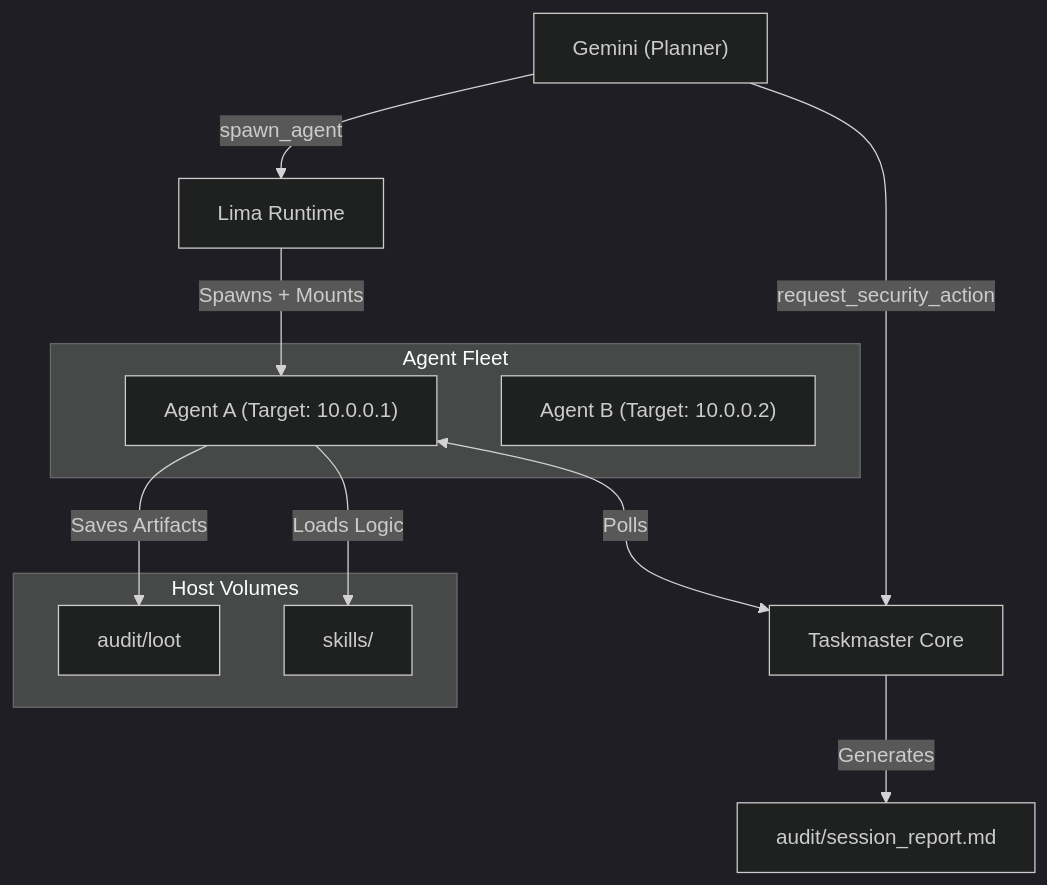
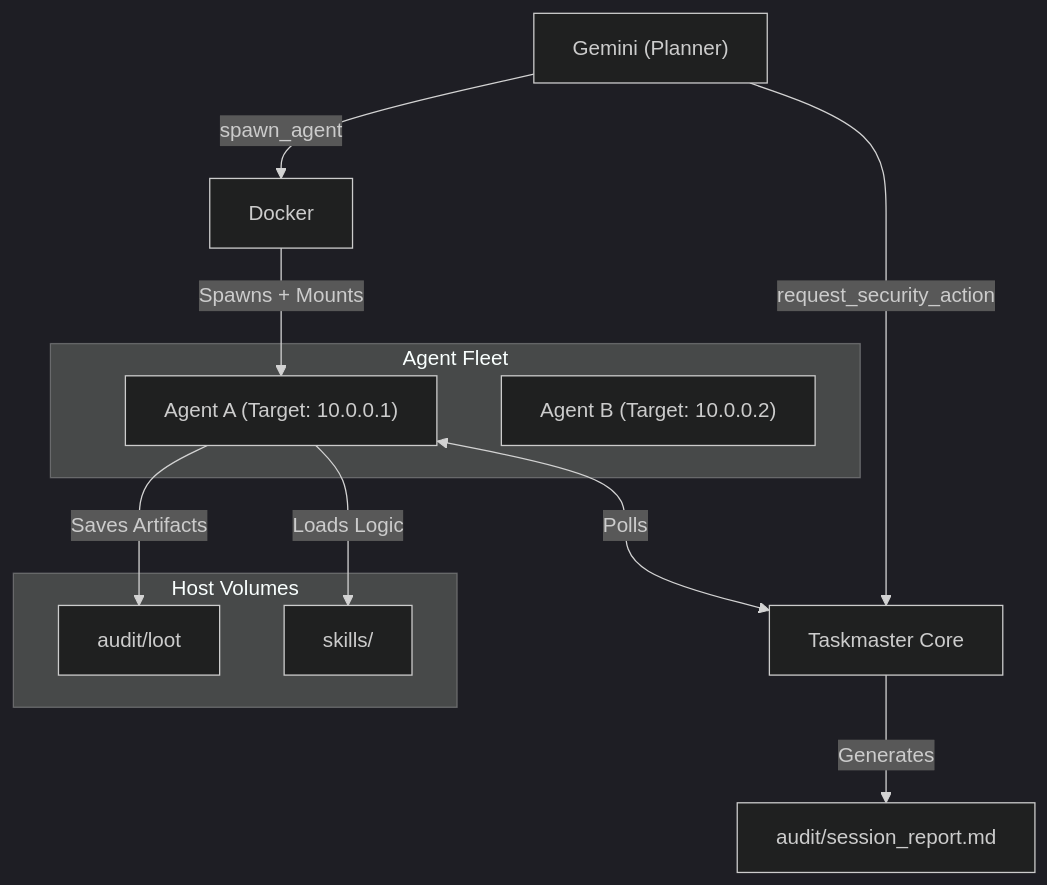
Before and after one commit to 0xDmsk/taskmaster: the diagram in README.md, drawn with Mermaid (dark theme). The commit also changed other lines of this file and 18 other files, not shown here.

First line of the commit message:
docs+refactor: update docs for v0.5.0 and migrate from lima containers to Docker

````diff
--- a/README.md
+++ b/README.md
@@ -9,22 +9,22 @@
 ```mermaid
 graph TD
-    Gemini["Gemini (Planner)"] -->|"spawn_agent"| Lima["Lima Runtime"]
+    Gemini["Gemini (Planner)"] -->|"spawn_agent"| Docker["Docker"]
     Gemini -->|"request_security_action"| TM["Taskmaster Core"]
     
     subgraph "Agent Fleet"
         Agent1["Agent A (Target: 10.0.0.1)"]
         Agent2["Agent B (Target: 10.0.0.2)"]
     end
 
-    Lima -->|"Spawns + Mounts"| Agent1
+    Docker -->|"Spawns + Mounts"| Agent1
     Agent1 <-->|"Polls"| TM
     
     subgraph "Host Volumes"
         Loot["audit/loot"]
         Skills["skills/"]
     end
     
     Agent1 -->|"Saves Artifacts"| Loot
     Agent1 -->|"Loads Logic"| Skills
     TM -->|"Generates"| Report["audit/session_report.md"]
 ```
````
